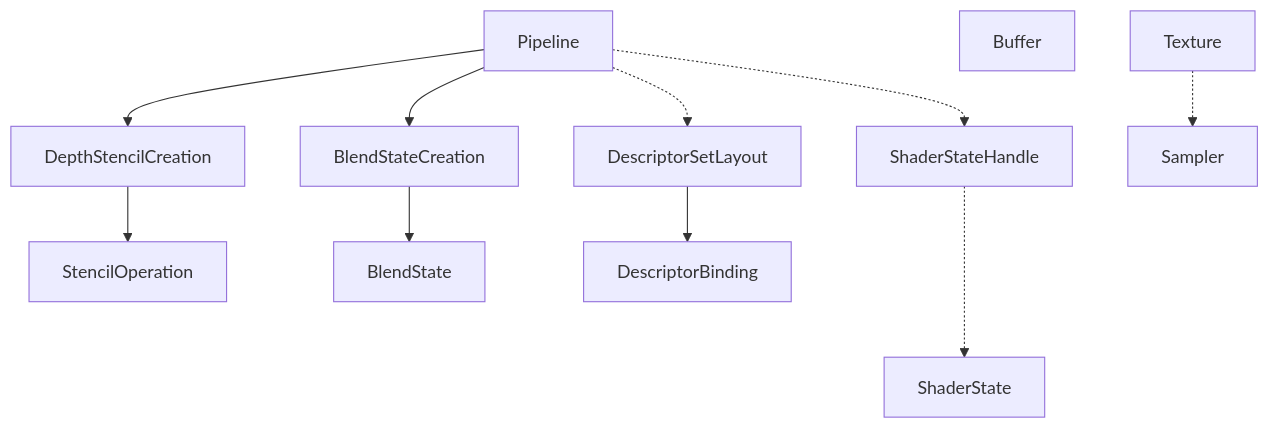
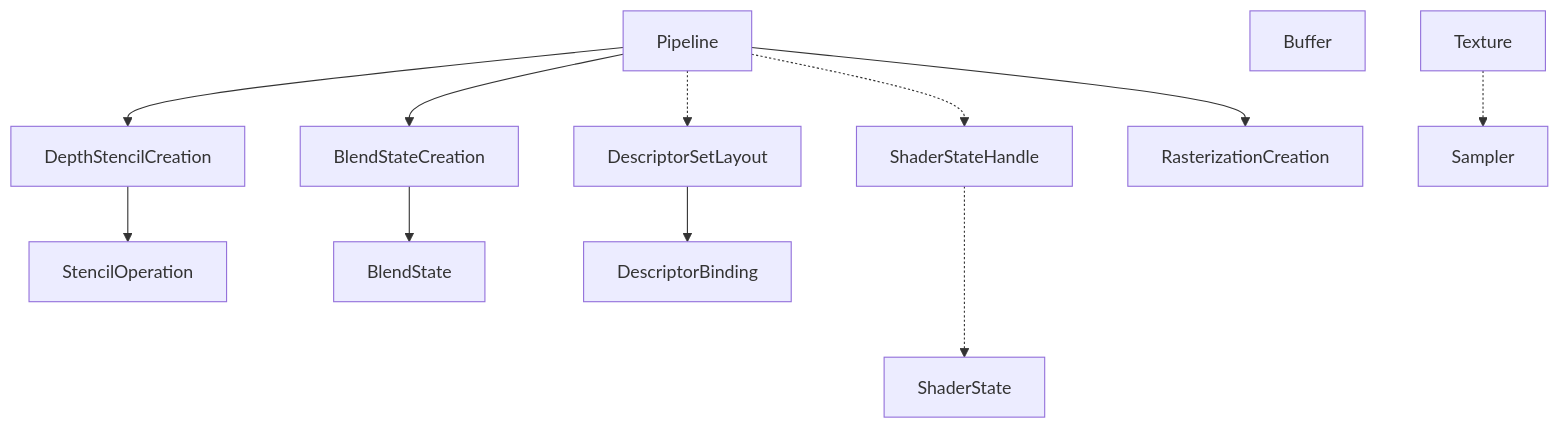
One commit to AkiyamaZw/cloud-libs changed the diagram in doc/vulkan_resource.md. Above: the diagram before and after it, drawn with Mermaid. The commit also changed 3 other files, not shown here.

````diff
--- a/doc/vulkan_resource.md
+++ b/doc/vulkan_resource.md
@@ -1,30 +1,32 @@
 ```mermaid
 graph TB
 
 r1[Pipeline]
 r2[DepthStencilCreation]
 r3[BlendStateCreation]
 r4[StencilOperation]
 r5[BlendState]
 r6[DescriptorSetLayout]
 r7[DescriptorBinding]
 r8[ShaderState]
 r9[ShaderStateHandle]
+r10[RasterizationCreation]
 
 r1-.->r9
 r1-.->r6
 r1-->r2
 r1-->r3
+r1-->r10
 
 r2-->r4
 r3-->r5
 r6-->r7
 r9-..->r8
 
 
 re1[Buffer]
 re2[Texture]
 re3[Sampler]
 
 re2-.->re3
 ```
````
